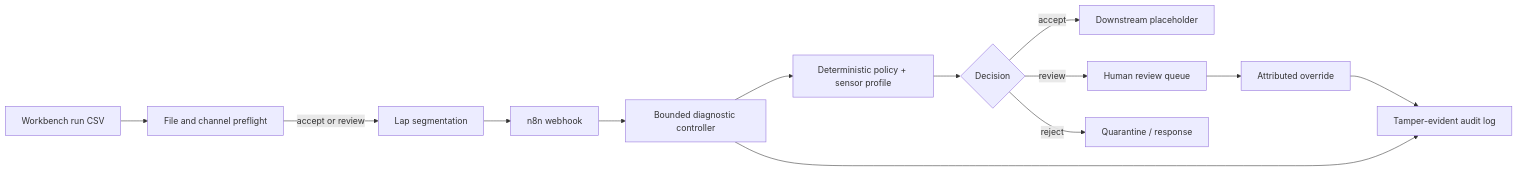
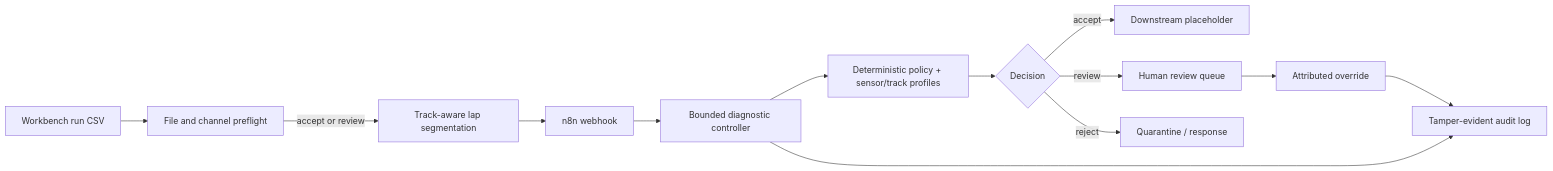
Before and after one commit to Kaezzey/motorsport-n8n: the diagram in README.md, drawn with Mermaid. The commit also changed other lines of this file and 18 other files, not shown here.

````diff
--- a/README.md
+++ b/README.md
@@ -21,15 +23,15 @@
 ```mermaid
 flowchart LR
     Z["Workbench run CSV"] --> A["File and channel preflight"]
-    A -->|accept or review| B["Lap segmentation"]
+    A -->|accept or review| B["Track-aware lap segmentation"]
     B --> C["n8n webhook"]
     C --> D["Bounded diagnostic controller"]
-    D --> E["Deterministic policy + sensor profile"]
+    D --> E["Deterministic policy + sensor/track profiles"]
     E --> F{"Decision"}
     F -->|accept| G["Downstream placeholder"]
     F -->|review| H["Human review queue"]
     F -->|reject| I["Quarantine / response"]
     D --> J["Tamper-evident audit log"]
     H --> K["Attributed override"]
     K --> J
 ```
````
